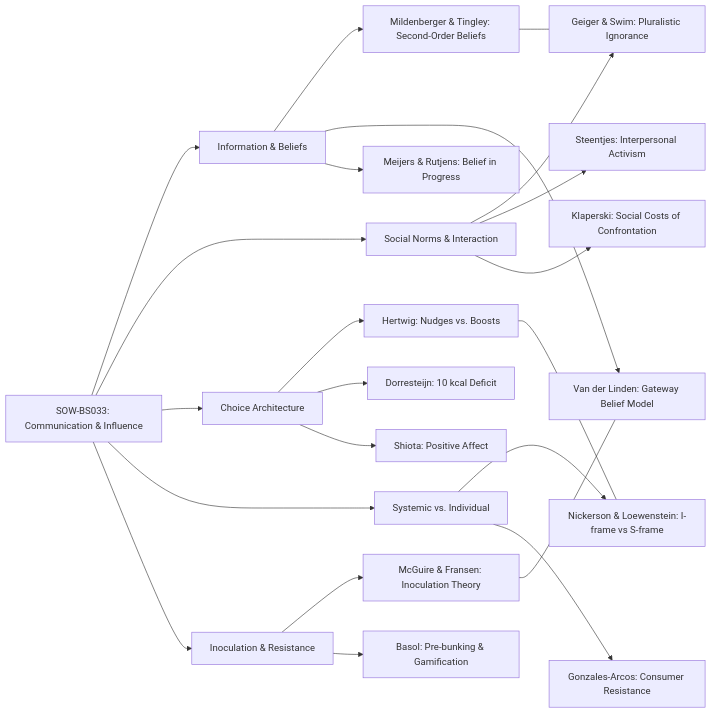
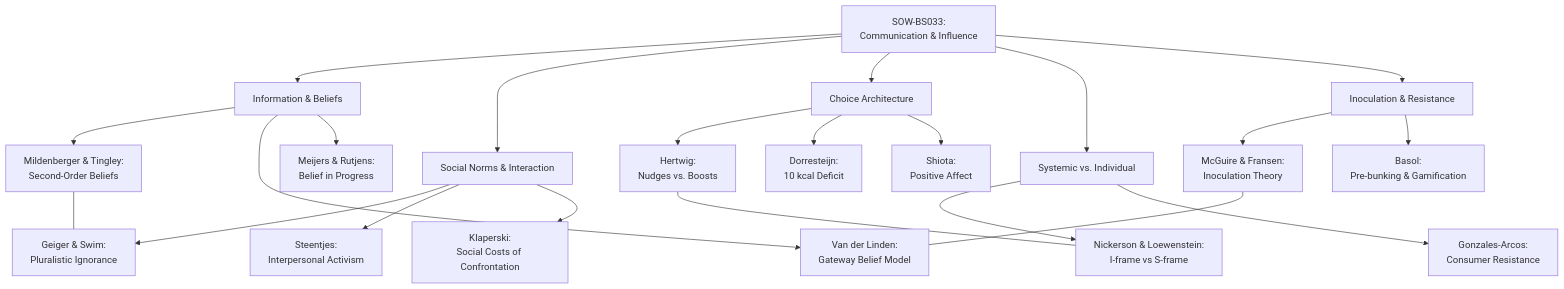
Before and after one commit to GM024/CourseSummaries: the first of 7 diagrams in Communication_Influence/Mastery_Guide_SOW_BS033.md, drawn with Mermaid.

Commit message:
Optimize Global Mindmap layout (graph TD + label splitting)

````diff
--- a/Communication_Influence/Mastery_Guide_SOW_BS033.md
+++ b/Communication_Influence/Mastery_Guide_SOW_BS033.md
@@ -7,30 +7,30 @@
 ```mermaid
-graph LR
-    A[SOW-BS033: Communication & Influence] --> B[Information & Beliefs]
+graph TD
+    A[SOW-BS033:<br/>Communication & Influence] --> B[Information & Beliefs]
     A --> C[Social Norms & Interaction]
     A --> D[Choice Architecture]
     A --> E[Systemic vs. Individual]
     A --> F[Inoculation & Resistance]
 
-    B --> B1[Mildenberger & Tingley: Second-Order Beliefs]
-    B --> B2[Van der Linden: Gateway Belief Model]
-    B --> B3[Meijers & Rutjens: Belief in Progress]
+    B --> B1[Mildenberger & Tingley:<br/>Second-Order Beliefs]
+    B --> B2[Van der Linden:<br/>Gateway Belief Model]
+    B --> B3[Meijers & Rutjens:<br/>Belief in Progress]
 
-    C --> C1[Geiger & Swim: Pluralistic Ignorance]
-    C --> C2[Steentjes: Interpersonal Activism]
-    C --> C3[Klaperski: Social Costs of Confrontation]
+    C --> C1[Geiger & Swim:<br/>Pluralistic Ignorance]
+    C --> C2[Steentjes:<br/>Interpersonal Activism]
+    C --> C3[Klaperski:<br/>Social Costs of Confrontation]
 
-    D --> D1[Hertwig: Nudges vs. Boosts]
-    D --> D2[Dorresteijn: 10 kcal Deficit]
-    D --> D3[Shiota: Positive Affect]
+    D --> D1[Hertwig:<br/>Nudges vs. Boosts]
+    D --> D2[Dorresteijn:<br/>10 kcal Deficit]
+    D --> D3[Shiota:<br/>Positive Affect]
 
-    E --> E1[Nickerson & Loewenstein: I-frame vs S-frame]
-    E --> E2[Gonzales-Arcos: Consumer Resistance]
+    E --> E1[Nickerson & Loewenstein:<br/>I-frame vs S-frame]
+    E --> E2[Gonzales-Arcos:<br/>Consumer Resistance]
 
-    F --> F1[McGuire & Fransen: Inoculation Theory]
-    F --> F2[Basol: Pre-bunking & Gamification]
+    F --> F1[McGuire & Fransen:<br/>Inoculation Theory]
+    F --> F2[Basol:<br/>Pre-bunking & Gamification]
 
     B1 --- C1
     D1 --- E1
     F1 --- B2
 ```
````
